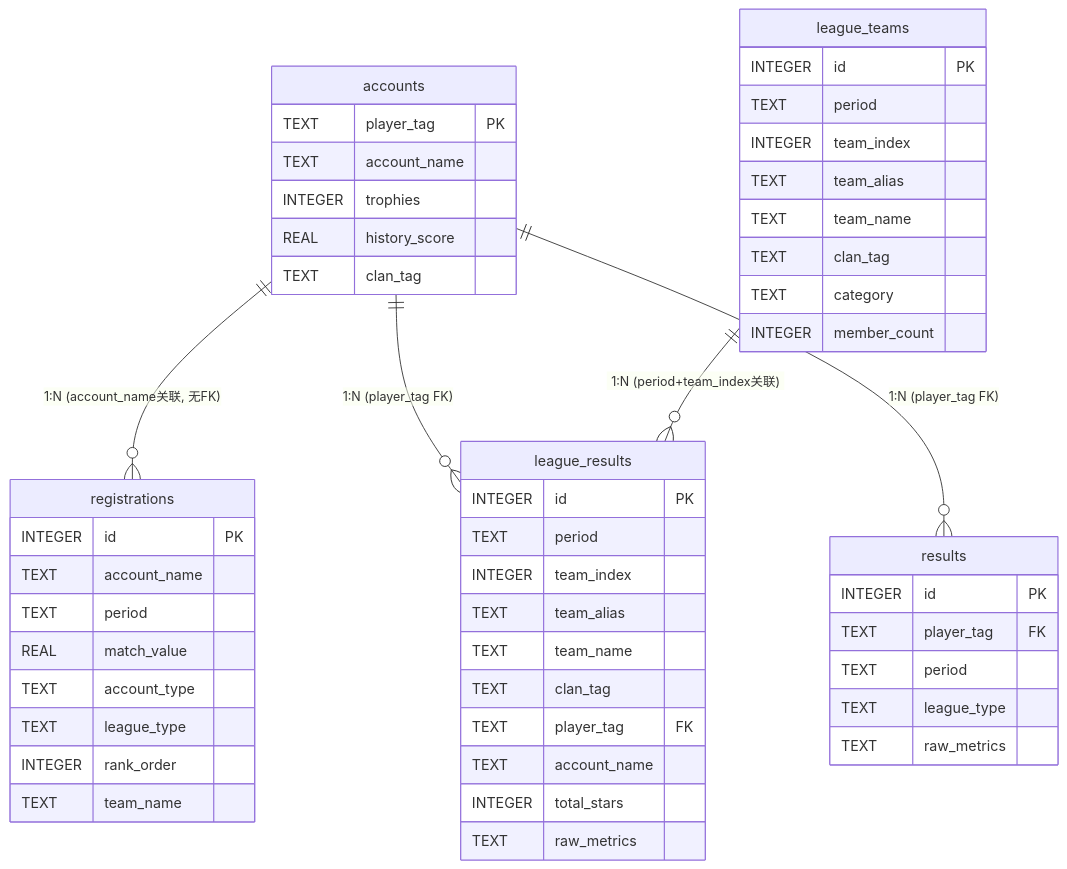
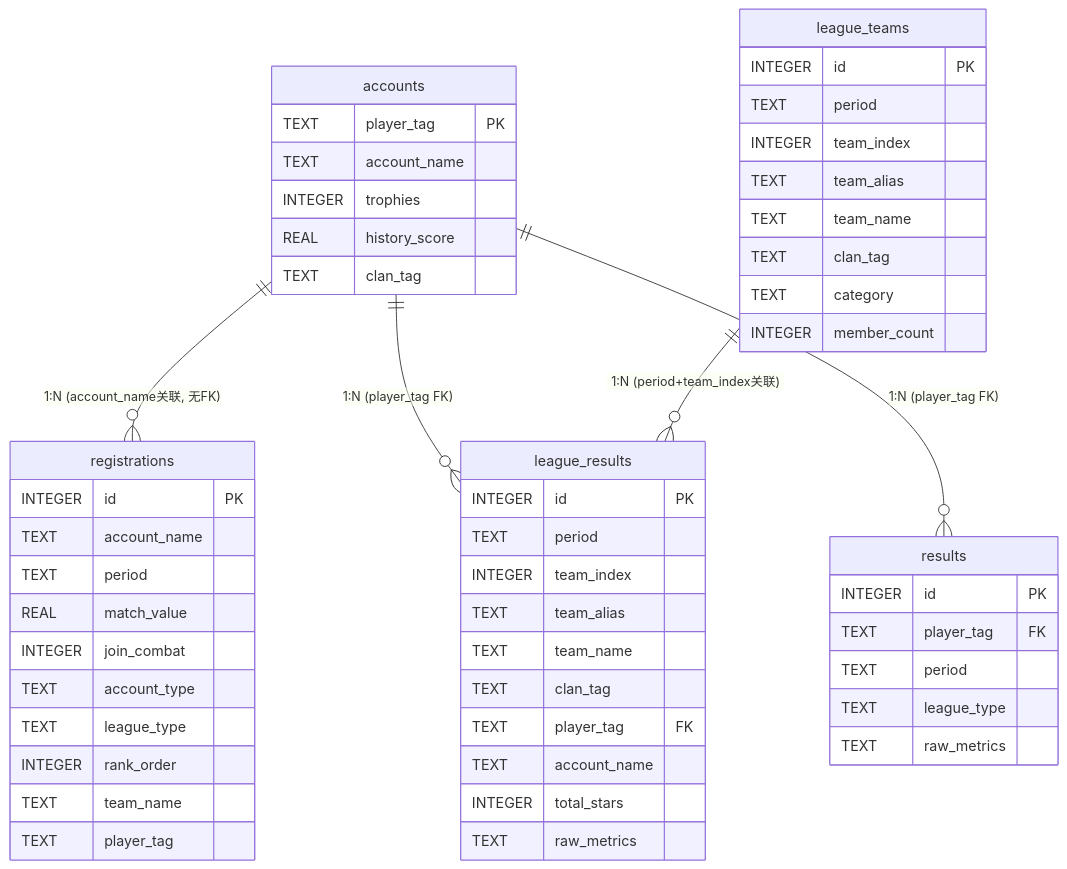
Before and after one commit to Pluto1944/sky-admin: the first of 3 diagrams in docs/02-database.md, drawn with Mermaid. The commit also changed other lines of this file and 11 other files, not shown here.

````diff
--- a/docs/02-database.md
+++ b/docs/02-database.md
@@ -24,59 +24,61 @@
 ```mermaid
 erDiagram
     accounts ||--o{ registrations : "1:N (account_name关联, 无FK)"
     accounts ||--o{ league_results : "1:N (player_tag FK)"
     accounts ||--o{ results : "1:N (player_tag FK)"
 
     league_teams ||--o{ league_results : "1:N (period+team_index关联)"
 
     accounts {
         TEXT player_tag PK
         TEXT account_name
         INTEGER trophies
         REAL history_score
         TEXT clan_tag
     }
 
     registrations {
         INTEGER id PK
         TEXT account_name
         TEXT period
         REAL match_value
+        INTEGER join_combat
         TEXT account_type
         TEXT league_type
         INTEGER rank_order
         TEXT team_name
+        TEXT player_tag
     }
 
     league_teams {
         INTEGER id PK
         TEXT period
         INTEGER team_index
         TEXT team_alias
         TEXT team_name
         TEXT clan_tag
         TEXT category
         INTEGER member_count
     }
 
     league_results {
         INTEGER id PK
         TEXT period
         INTEGER team_index
         TEXT team_alias
         TEXT team_name
         TEXT clan_tag
         TEXT player_tag FK
         TEXT account_name
         INTEGER total_stars
         TEXT raw_metrics
     }
 
     results {
         INTEGER id PK
         TEXT player_tag FK
         TEXT period
         TEXT league_type
         TEXT raw_metrics
     }
 ```
````
